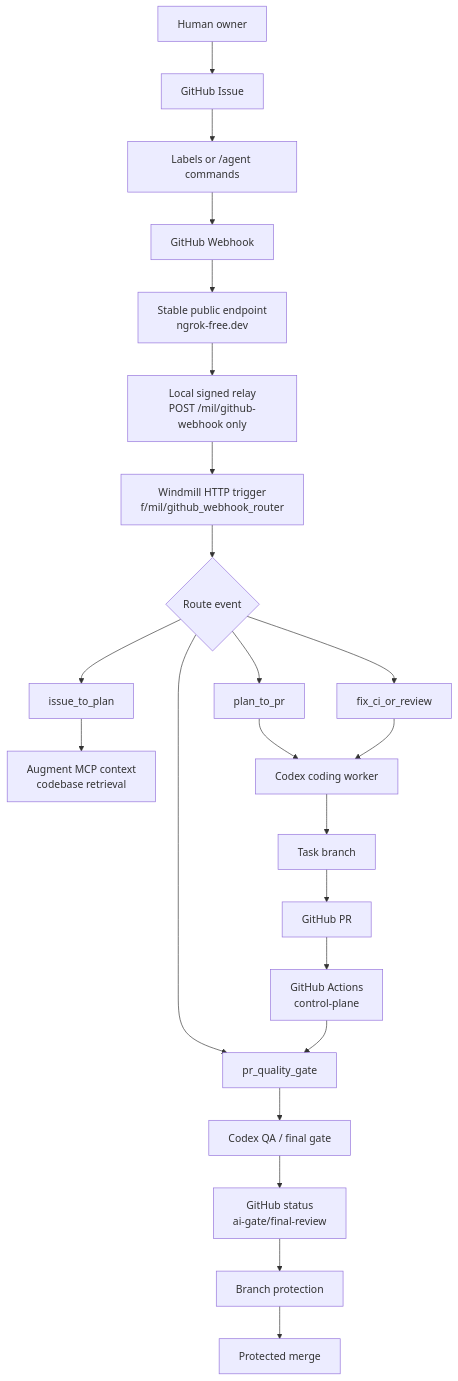
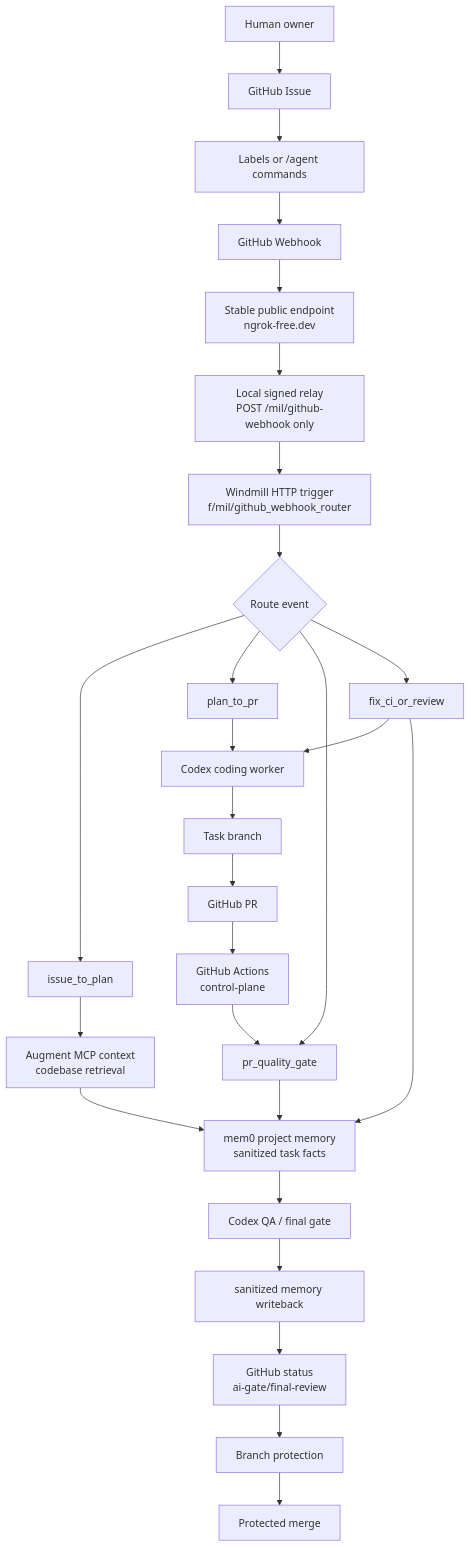
Before and after one commit to namlogan/MIL: the diagram in docs/portable-agent-factory-runbook.md, drawn with Mermaid. The commit also changed other lines of this file and 38 other files, not shown here.

Commit message:
Add mem0 memory layer contract

````diff
--- a/docs/portable-agent-factory-runbook.md
+++ b/docs/portable-agent-factory-runbook.md
@@ -10,25 +10,29 @@
 ```mermaid
 flowchart TD
     Owner["Human owner"] --> Issue["GitHub Issue"]
     Issue --> Labels["Labels or /agent commands"]
     Labels --> Hook["GitHub Webhook"]
     Hook --> Ngrok["Stable public endpoint\nngrok-free.dev"]
     Ngrok --> Relay["Local signed relay\nPOST /mil/github-webhook only"]
     Relay --> Windmill["Windmill HTTP trigger\nf/mil/github_webhook_router"]
     Windmill --> Router{"Route event"}
     Router --> IssuePlan["issue_to_plan"]
     Router --> PlanPR["plan_to_pr"]
     Router --> PRGate["pr_quality_gate"]
     Router --> FixCI["fix_ci_or_review"]
     IssuePlan --> Augment["Augment MCP context\ncodebase retrieval"]
+    Augment --> Memory["mem0 project memory\nsanitized task facts"]
     PlanPR --> Dispatch["Codex coding worker"]
     FixCI --> Dispatch
+    FixCI --> Memory
     Dispatch --> Branch["Task branch"]
     Branch --> PR["GitHub PR"]
     PR --> CI["GitHub Actions\ncontrol-plane"]
     CI --> PRGate
-    PRGate --> CodexQA["Codex QA / final gate"]
-    CodexQA --> Status["GitHub status\nai-gate/final-review"]
+    PRGate --> Memory
+    Memory --> CodexQA["Codex QA / final gate"]
+    CodexQA --> MemoryWrite["sanitized memory writeback"]
+    MemoryWrite --> Status["GitHub status\nai-gate/final-review"]
     Status --> Protection["Branch protection"]
     Protection --> Merge["Protected merge"]
 ```
````
